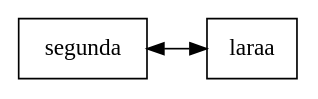
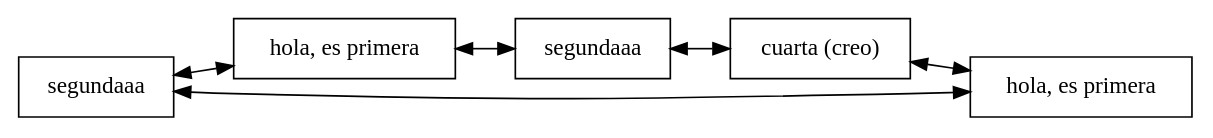
Before and after one commit to matiuuh/-EDD-Proyecto1_202203009: the diagram in output/lista_doble_publicaciones.dot, drawn with Graphviz. The commit also changed 5 other files, not shown here.

```diff
--- a/output/lista_doble_publicaciones.dot
+++ b/output/lista_doble_publicaciones.dot
@@ -1,7 +1,14 @@
 digraph G {
     node [shape=box];
     rankdir=LR;
-    "0x12656b40930" [label="segunda"];
-    "0x12656b40930" -> "0x12656b40570" [dir=both];
-    "0x12656b40570" [label="laraa"];
+    "0x2818ef21120" [label="segundaaa"];
+    "0x2818ef21120" -> "0x2818ef21800" [dir=both];
+    "0x2818ef21800" [label="hola, es primera"];
+    "0x2818ef21800" -> "0x2818ef21490" [dir=both];
+    "0x2818ef21490" [label="segundaaa"];
+    "0x2818ef21490" -> "0x2818ef21580" [dir=both];
+    "0x2818ef21580" [label="cuarta (creo)"];
+    "0x2818ef21580" -> "0x2818ef215d0" [dir=both];
+    "0x2818ef215d0" [label="hola, es primera"];
+    "0x2818ef215d0" -> "0x2818ef21120" [dir=both];
 }
```
